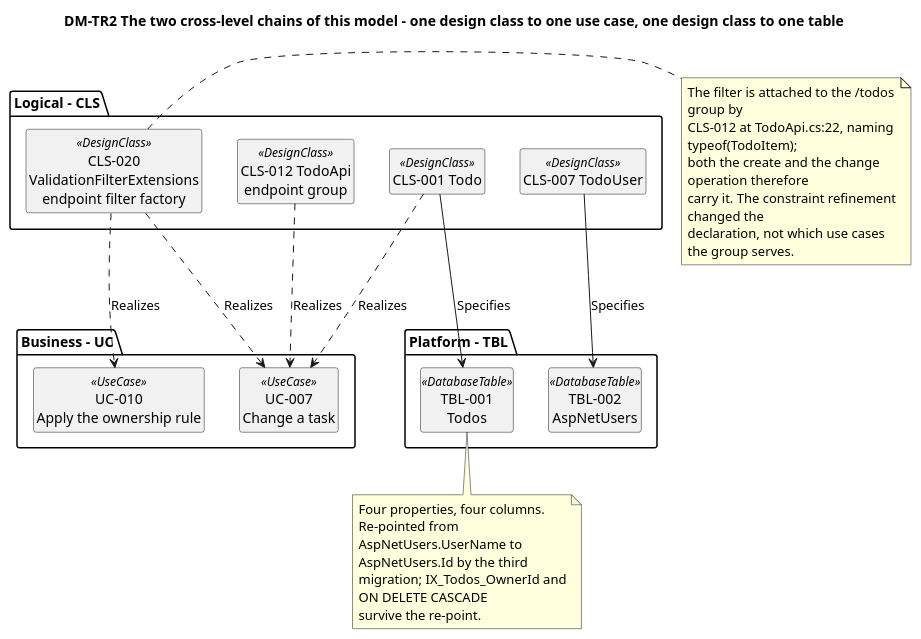
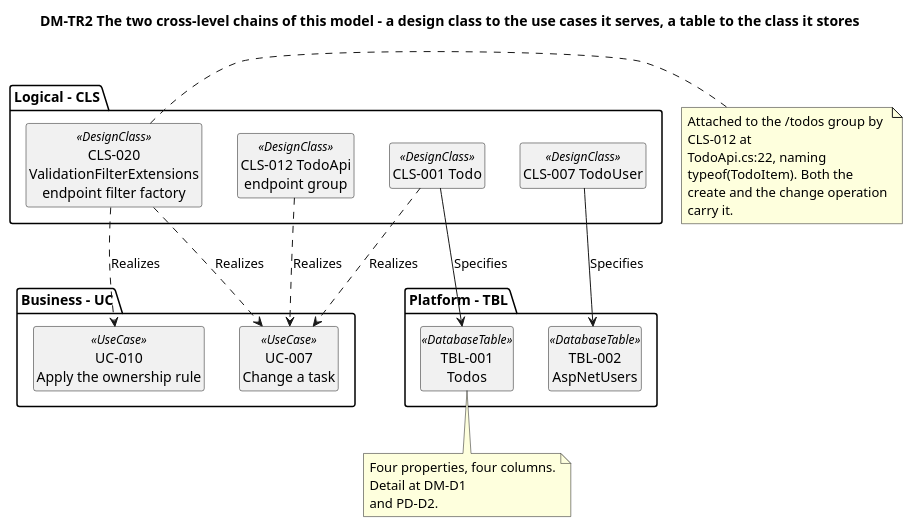
One commit to banense-test/TodoApp changed diagram 21 of 21 in docs/artifacts/analysis---design/design-model.md. Above: the diagram before and after it, drawn with PlantUML. The commit also changed other lines of this file, not shown here.

Commit message:
Designer [Consolidation2]: upsert Design Model
[skip ci]

````diff
--- a/docs/artifacts/analysis---design/design-model.md
+++ b/docs/artifacts/analysis---design/design-model.md
@@ -2537,51 +2533,47 @@
 ```plantuml
 @startuml
-title DM-TR2 The two cross-level chains of this model - one design class to one use case, one design class to one table
+title DM-TR2 The two cross-level chains of this model - a design class to the use cases it serves, a table to the class it stores
 
 skinparam shadowing false
 skinparam classAttributeIconSize 0
 skinparam wrapWidth 220
 hide circle
 hide empty members
 
 package "Business - UC" {
   class "UC-007\nChange a task" as U7 <<UseCase>>
   class "UC-010\nApply the ownership rule" as U10 <<UseCase>>
 }
 
 package "Logical - CLS" {
   class "CLS-012 TodoApi\nendpoint group" as C12 <<DesignClass>>
   class "CLS-020 ValidationFilterExtensions\nendpoint filter factory" as C20 <<DesignClass>>
   class "CLS-001 Todo" as C1 <<DesignClass>>
   class "CLS-007 TodoUser" as C7 <<DesignClass>>
 }
 
 package "Platform - TBL" {
   class "TBL-001\nTodos" as T1 <<DatabaseTable>>
   class "TBL-002\nAspNetUsers" as T2 <<DatabaseTable>>
 }
 
 C12 ..> U7 : Realizes
 C20 ..> U7 : Realizes
 C20 ..> U10 : Realizes
 C1 ..> U7 : Realizes
 C1 ==> T1 : Specifies
 C7 ==> T2 : Specifies
 
 note right of C20
-  The filter is attached to the /todos group by
-  CLS-012 at TodoApi.cs:22, naming typeof(TodoItem);
-  both the create and the change operation therefore
-  carry it. The constraint refinement changed the
-  declaration, not which use cases the group serves.
+  Attached to the /todos group by CLS-012 at
+  TodoApi.cs:22, naming typeof(TodoItem). Both the
+  create and the change operation carry it.
 end note
 
 note bottom of T1
-  Four properties, four columns. Re-pointed from
-  AspNetUsers.UserName to AspNetUsers.Id by the third
-  migration; IX_Todos_OwnerId and ON DELETE CASCADE
-  survive the re-point.
+  Four properties, four columns. Detail at DM-D1
+  and PD-D2.
 end note
 
 @enduml
 ```
````
